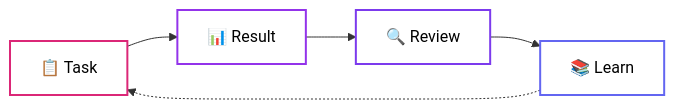
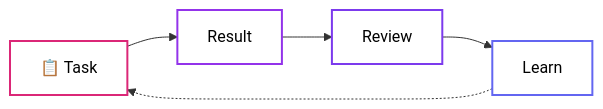
The second of 5 diagrams in README.md (mangiapanejohn-dev/Resonix-AG), drawn with Mermaid before and after one commit. The commit also changed other lines of this file, not shown here.

````diff
--- a/README.md
+++ b/README.md
@@ -81,12 +81,12 @@
 ```mermaid
 flowchart LR
-    TASK["📋 Task"] --> RESULT["📊 Result"]
-    RESULT --> RETRO["🔍 Review"]
-    RETRO --> LEARN["📚 Learn"]
+    TASK["📋 Task"] --> RESULT["Result"]
+    RESULT --> RETRO["Review"]
+    RETRO --> LEARN["Learn"]
     LEARN -.-> TASK
 
     style TASK fill:#fff,stroke:#db2777,stroke-width:2,color:#000
     style RESULT fill:#fff,stroke:#9333ea,stroke-width:2,color:#000
     style RETRO fill:#fff,stroke:#7c3aed,stroke-width:2,color:#000
     style LEARN fill:#fff,stroke:#6366f1,stroke-width:2,color:#000
 ```
````
